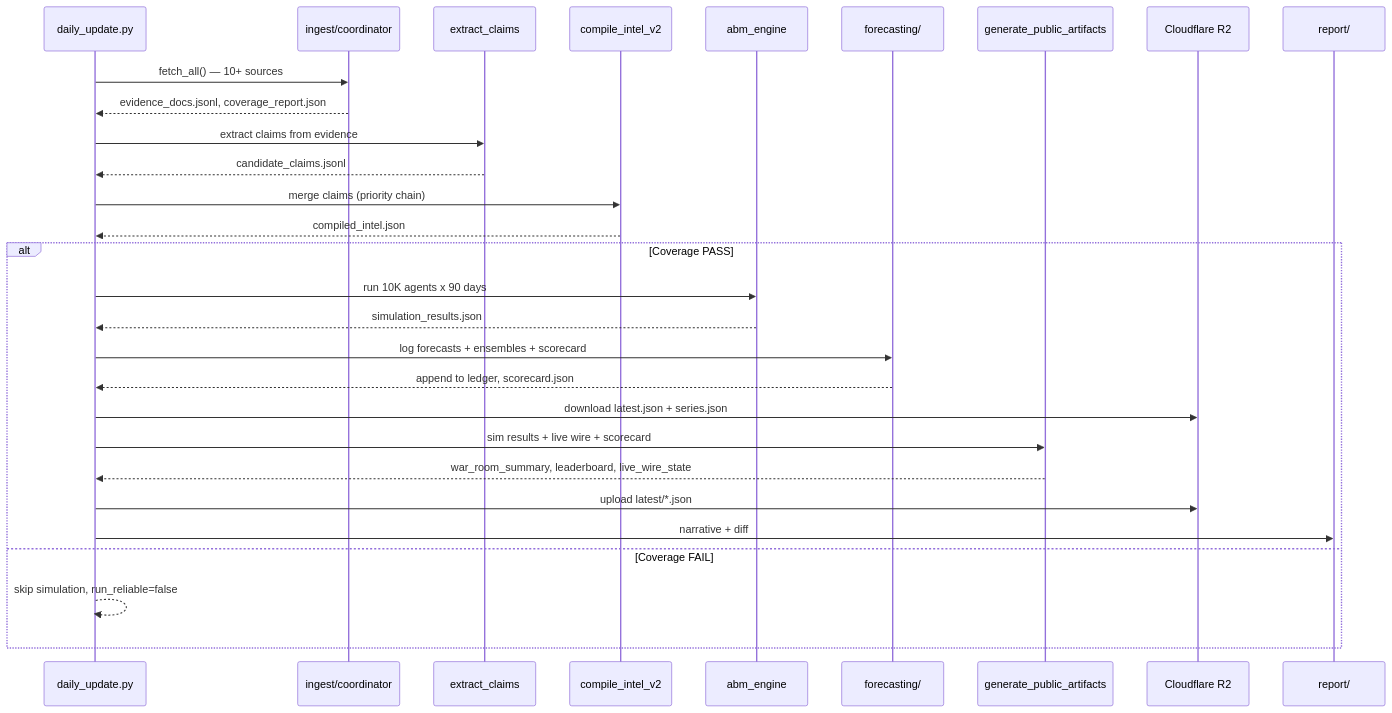
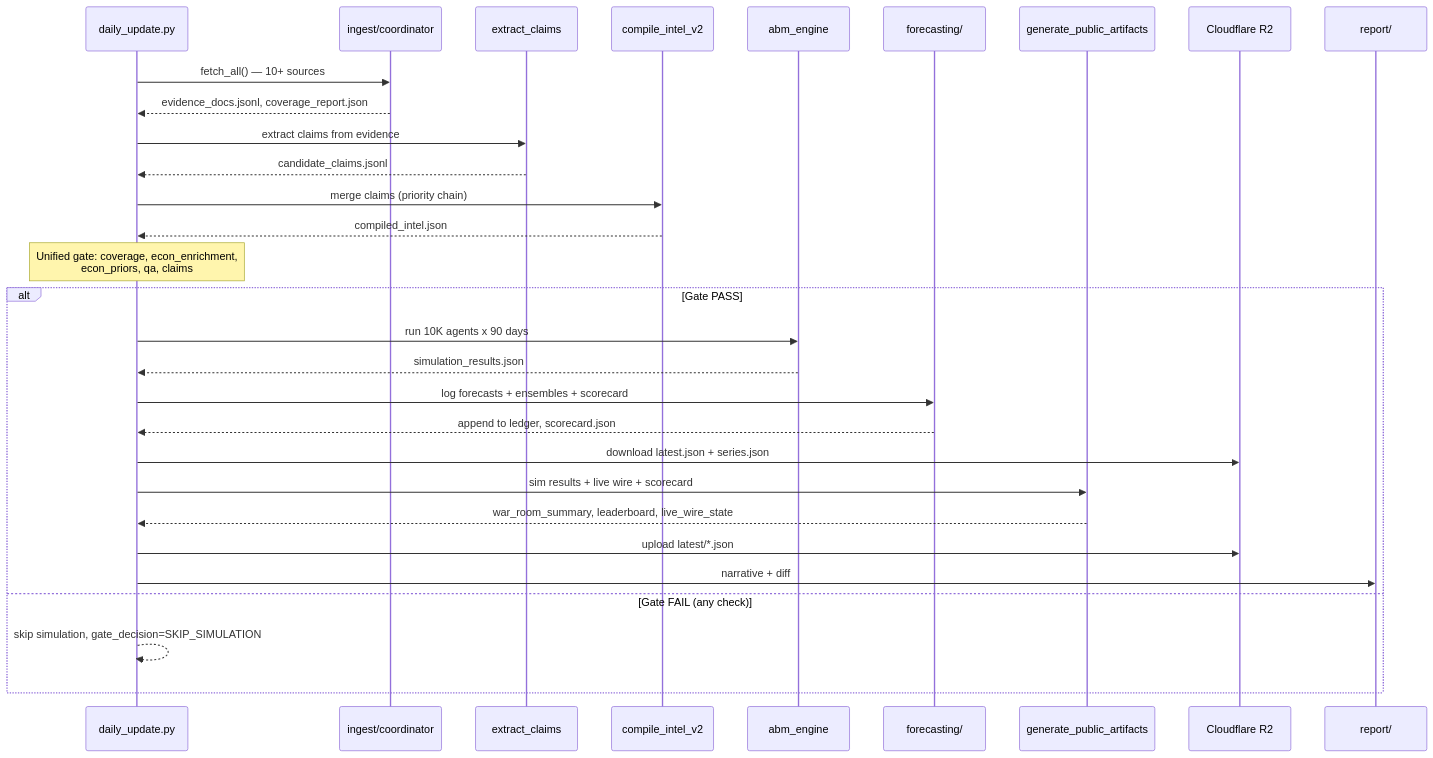
One commit to timothyfehr-creator/Iran-Simulator changed the first of 2 diagrams in ARCHITECTURE.md. Above: the diagram before and after it, drawn with Mermaid. The commit also changed other lines of this file and 1 other file, not shown here.

First line of the commit message:
docs: update README and ARCHITECTURE for Sprint 2 unified gate

````diff
--- a/ARCHITECTURE.md
+++ b/ARCHITECTURE.md
@@ -80,32 +80,33 @@
 ```mermaid
 sequenceDiagram
     participant Cron as daily_update.py
     participant Ingest as ingest/coordinator
     participant GPT4 as extract_claims
     participant Compile as compile_intel_v2
     participant ABM as abm_engine
     participant Oracle as forecasting/
     participant Artifacts as generate_public_artifacts
     participant R2 as Cloudflare R2
     participant Report as report/
 
     Cron->>Ingest: fetch_all() — 10+ sources
     Ingest-->>Cron: evidence_docs.jsonl, coverage_report.json
     Cron->>GPT4: extract claims from evidence
     GPT4-->>Cron: candidate_claims.jsonl
     Cron->>Compile: merge claims (priority chain)
     Compile-->>Cron: compiled_intel.json
-    alt Coverage PASS
+    Note over Cron: Unified gate: coverage, econ_enrichment,<br/>econ_priors, qa, claims
+    alt Gate PASS
         Cron->>ABM: run 10K agents x 90 days
         ABM-->>Cron: simulation_results.json
         Cron->>Oracle: log forecasts + ensembles + scorecard
         Oracle-->>Cron: append to ledger, scorecard.json
         Cron->>R2: download latest.json + series.json
         Cron->>Artifacts: sim results + live wire + scorecard
         Artifacts-->>Cron: war_room_summary, leaderboard, live_wire_state
         Cron->>R2: upload latest/*.json
         Cron->>Report: narrative + diff
-    else Coverage FAIL
-        Cron-->>Cron: skip simulation, run_reliable=false
+    else Gate FAIL (any check)
+        Cron-->>Cron: skip simulation, gate_decision=SKIP_SIMULATION
     end
 ```
````
